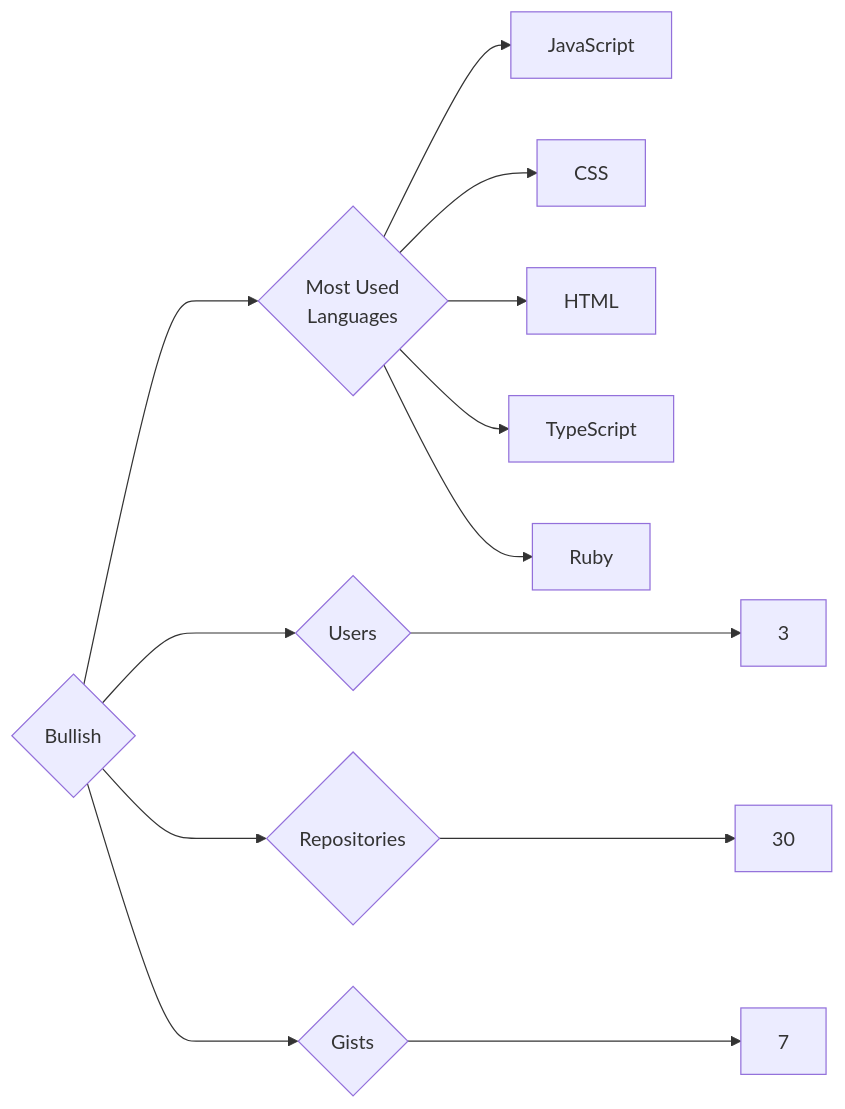
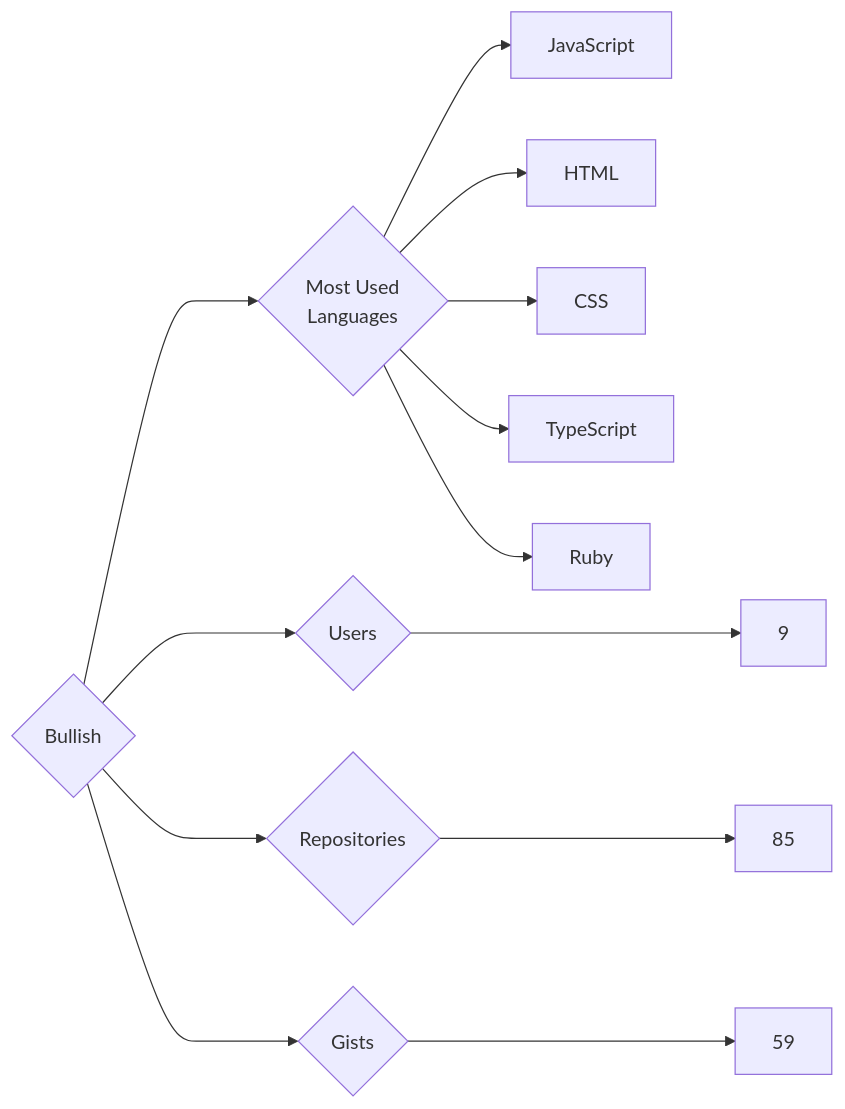
Before and after one commit to trickest/insiders: the diagram in targets/Bullish/README.md, drawn with Mermaid. The commit also changed 912 other files, not shown here.

````diff
--- a/targets/Bullish/README.md
+++ b/targets/Bullish/README.md
@@ -3,13 +3,13 @@
 ```mermaid
 graph LR
 COMPANY_NAME{Bullish}
-COMPANY_NAME ---> U{Users} ---> UN[3]
-COMPANY_NAME ---> R{Repositories} ---> RN[30]
-COMPANY_NAME ---> G{Gists} ---> GN[7]
+COMPANY_NAME ---> U{Users} ---> UN[9]
+COMPANY_NAME ---> R{Repositories} ---> RN[85]
+COMPANY_NAME ---> G{Gists} ---> GN[59]
 COMPANY_NAME ---> ML{Most Used<br>Languages}
 ML --> JavaScript[JavaScript]
+ML --> HTML[HTML]
 ML --> CSS[CSS]
-ML --> HTML[HTML]
 ML --> TypeScript[TypeScript]
 ML --> Ruby[Ruby]
 ```
````
